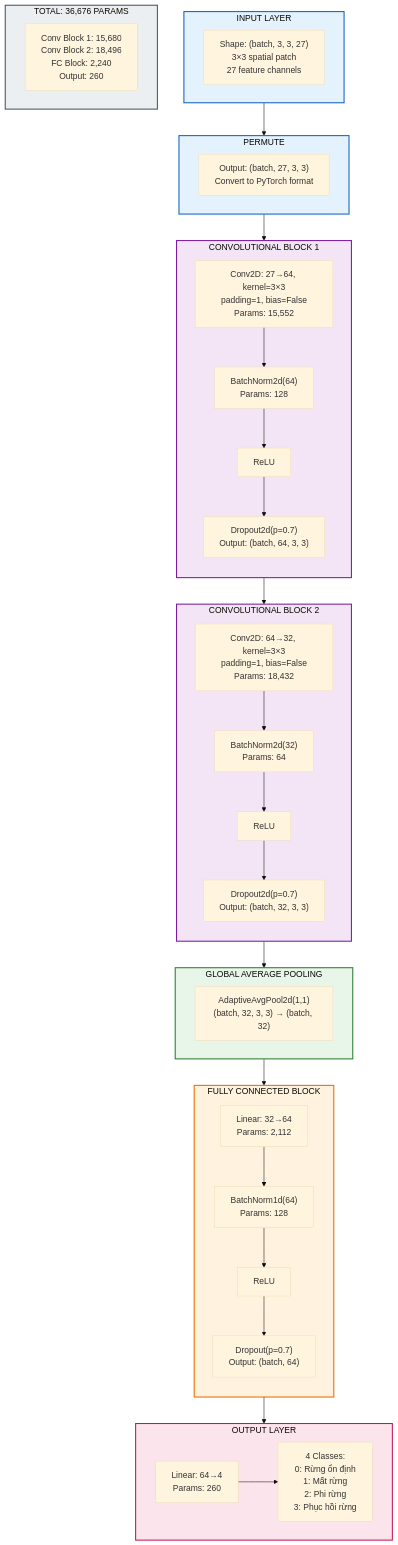
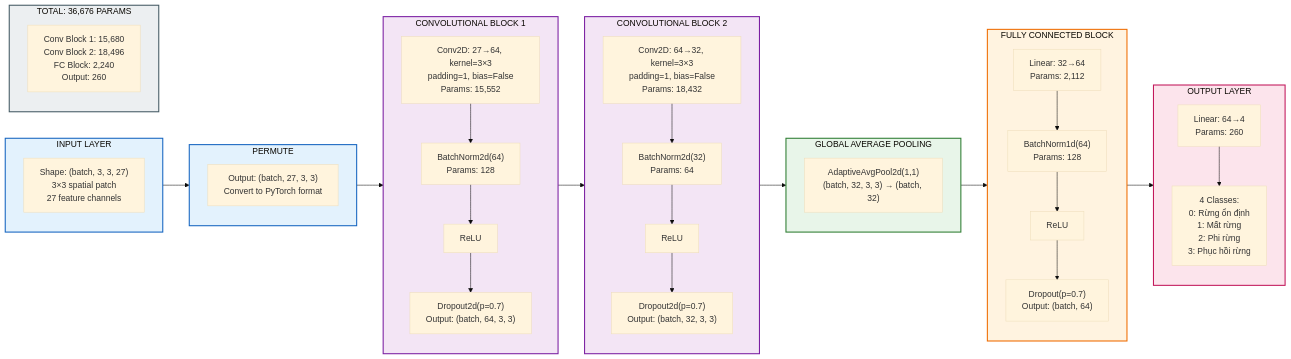
The first of 2 diagrams in README.md (ninhhaidang/ForestMonitoring-CaMau), drawn with Mermaid (base theme) before and after one commit. The commit also changed 28 other files, not shown here.

````diff
--- a/README.md
+++ b/README.md
@@ -89,67 +89,67 @@
 ```mermaid
-flowchart TB
+flowchart LR
     subgraph INPUT["INPUT LAYER"]
         I1["Shape: (batch, 3, 3, 27)<br/>3×3 spatial patch<br/>27 feature channels"]
     end
 
     subgraph PERMUTE["PERMUTE"]
         P1["Output: (batch, 27, 3, 3)<br/>Convert to PyTorch format"]
     end
 
     subgraph CONV1["CONVOLUTIONAL BLOCK 1"]
         direction TB
         C1_1["Conv2D: 27→64, kernel=3×3<br/>padding=1, bias=False<br/>Params: 15,552"]
         C1_2["BatchNorm2d(64)<br/>Params: 128"]
         C1_3["ReLU"]
         C1_4["Dropout2d(p=0.7)<br/>Output: (batch, 64, 3, 3)"]
         C1_1 --> C1_2 --> C1_3 --> C1_4
     end
 
     subgraph CONV2["CONVOLUTIONAL BLOCK 2"]
         direction TB
         C2_1["Conv2D: 64→32, kernel=3×3<br/>padding=1, bias=False<br/>Params: 18,432"]
         C2_2["BatchNorm2d(32)<br/>Params: 64"]
         C2_3["ReLU"]
         C2_4["Dropout2d(p=0.7)<br/>Output: (batch, 32, 3, 3)"]
         C2_1 --> C2_2 --> C2_3 --> C2_4
     end
 
     subgraph GAP["GLOBAL AVERAGE POOLING"]
         G1["AdaptiveAvgPool2d(1,1)<br/>(batch, 32, 3, 3) → (batch, 32)"]
     end
 
     subgraph FC["FULLY CONNECTED BLOCK"]
         direction TB
         F1["Linear: 32→64<br/>Params: 2,112"]
         F2["BatchNorm1d(64)<br/>Params: 128"]
         F3["ReLU"]
         F4["Dropout(p=0.7)<br/>Output: (batch, 64)"]
         F1 --> F2 --> F3 --> F4
     end
 
     subgraph OUTPUT["OUTPUT LAYER"]
         O1["Linear: 64→4<br/>Params: 260"]
         O2["4 Classes:<br/>0: Rừng ổn định<br/>1: Mất rừng<br/>2: Phi rừng<br/>3: Phục hồi rừng"]
         O1 --> O2
     end
 
     subgraph SUMMARY["TOTAL: 36,676 PARAMS"]
         S1["Conv Block 1: 15,680<br/>Conv Block 2: 18,496<br/>FC Block: 2,240<br/>Output: 260"]
     end
 
     INPUT --> PERMUTE --> CONV1 --> CONV2 --> GAP --> FC --> OUTPUT
 
     classDef inputStyle fill:#E3F2FD,stroke:#1565C0,stroke-width:2px
     classDef convStyle fill:#F3E5F5,stroke:#7B1FA2,stroke-width:2px
     classDef poolStyle fill:#E8F5E9,stroke:#2E7D32,stroke-width:2px
     classDef fcStyle fill:#FFF3E0,stroke:#EF6C00,stroke-width:2px
     classDef outputStyle fill:#FCE4EC,stroke:#C2185B,stroke-width:2px
     classDef summaryStyle fill:#ECEFF1,stroke:#455A64,stroke-width:2px
 
     class INPUT,PERMUTE inputStyle
     class CONV1,CONV2 convStyle
     class GAP poolStyle
     class FC fcStyle
     class OUTPUT outputStyle
     class SUMMARY summaryStyle
 ```
````
